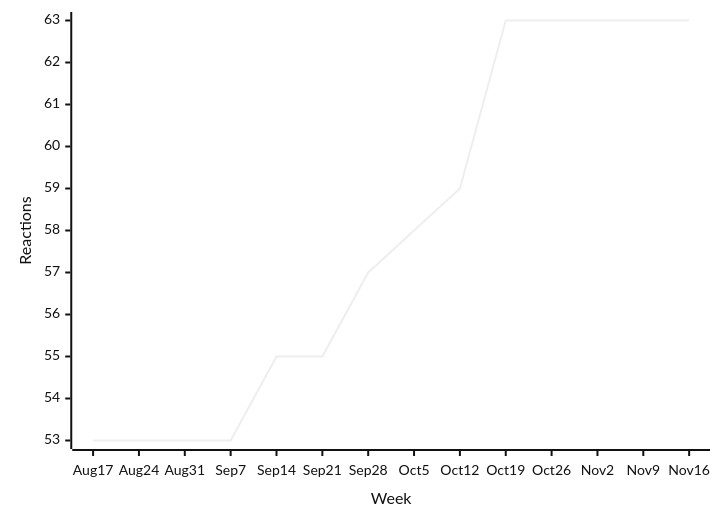
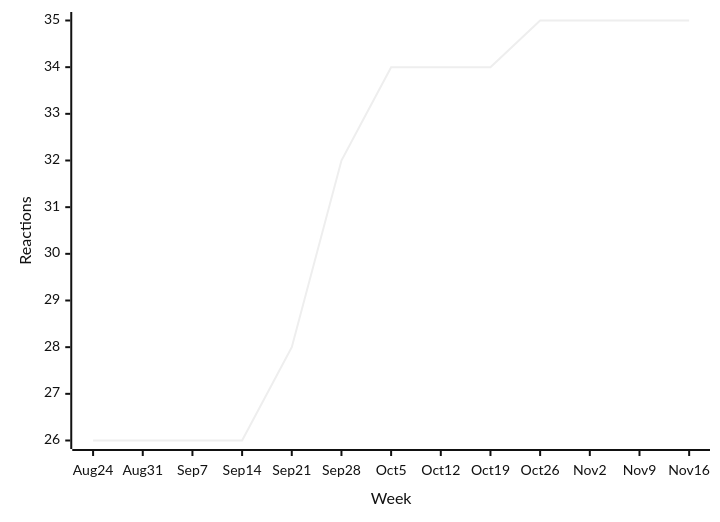
Before and after one commit to loic-sharma/github-insights: diagram 14 of 31 in README.md, drawn with Mermaid (neutral theme). The commit also changed other lines of this file and 3 other files, not shown here.

````diff
--- a/README.md
+++ b/README.md
@@ -545,6 +545,6 @@
   ```mermaid
   xychart-beta
-    x-axis "Week" [Aug 17, Aug 24, Aug 31, Sep 7, Sep 14, Sep 21, Sep 28, Oct 5, Oct 12, Oct 19, Oct 26, Nov 2, Nov 9, Nov 16]
+    x-axis "Week" [Aug 24, Aug 31, Sep 7, Sep 14, Sep 21, Sep 28, Oct 5, Oct 12, Oct 19, Oct 26, Nov 2, Nov 9, Nov 16]
     y-axis "Reactions"
-    line [53, 53, 53, 53, 55, 55, 57, 58, 59, 63, 63, 63, 63, 63]
+    line [26, 26, 26, 26, 28, 32, 34, 34, 34, 35, 35, 35, 35]
   ```
````
